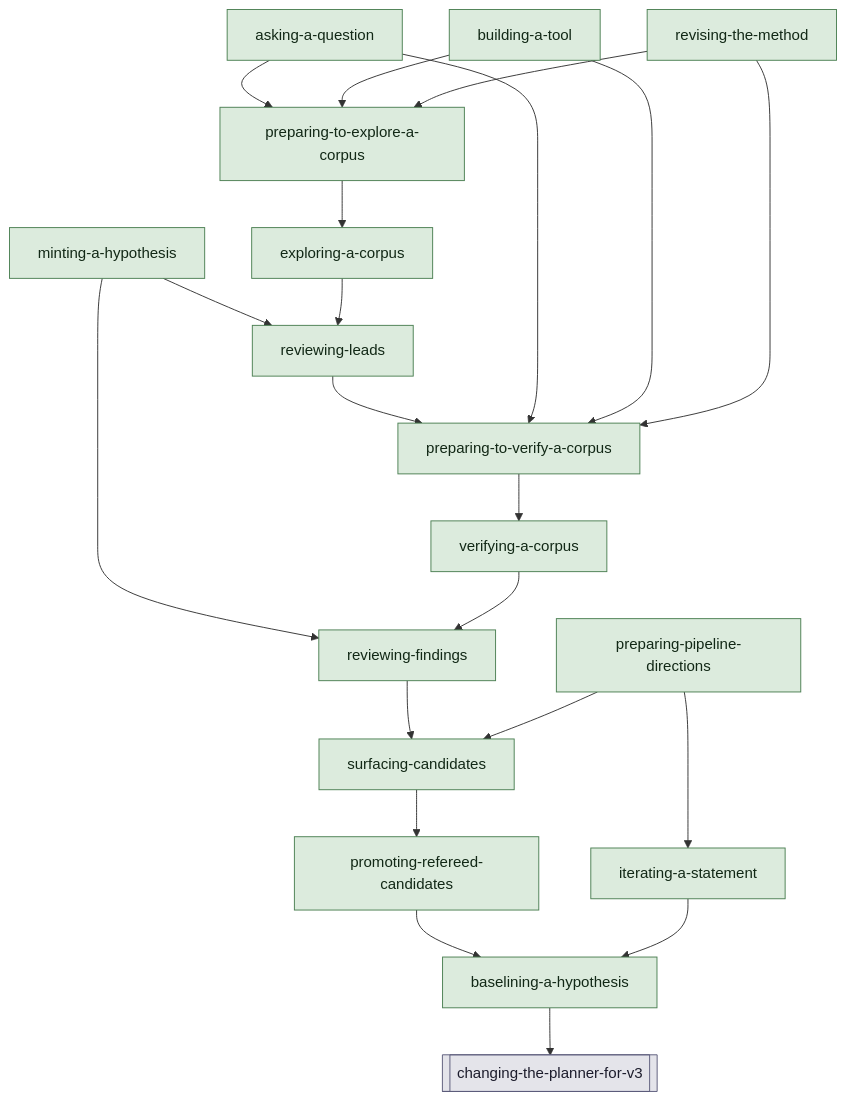
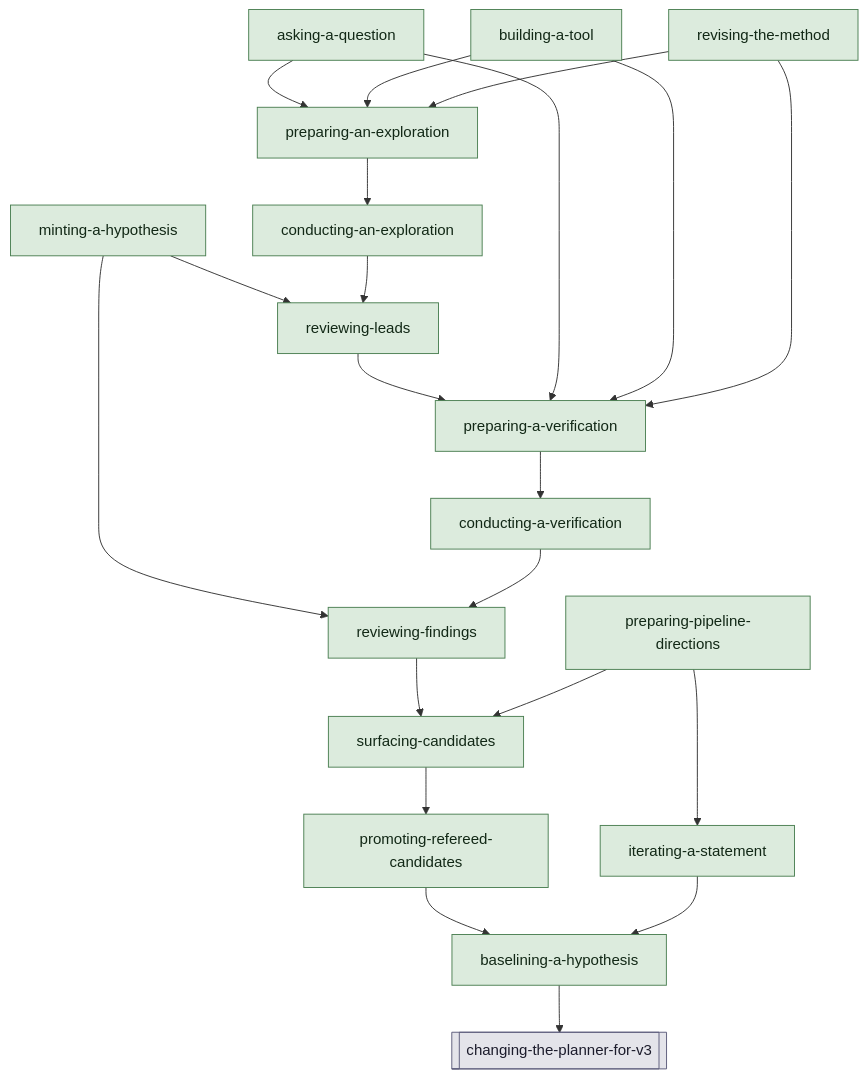
Before and after one commit to bc414/StoryPlanner: the first of 17 diagrams in .claude/skills/v3-buildout-2/map.md, drawn with Mermaid. The commit also changed other lines of this file and 34 other files, not shown here.

Commit message:
Schemas and code sessions improvement

````diff
--- a/.claude/skills/v3-buildout-2/map.md
+++ b/.claude/skills/v3-buildout-2/map.md
@@ -7,46 +7,46 @@
 ```mermaid
 flowchart TD
   classDef hitl fill:#e9d8e4,stroke:#7a3e6d,color:#2b1a27
   classDef session fill:#dce6f0,stroke:#3b5b7c,color:#14202c
   classDef agent fill:#f5e6c8,stroke:#b7791f,color:#3a2a08
   classDef artifact fill:#f6f6f4,stroke:#8a94a0,color:#2a2f36
   classDef activity fill:#dcebdd,stroke:#4b7f52,color:#122816
   classDef terminus fill:#e4e4ea,stroke:#5b5b7a,color:#1c1c2c
   changingtheplannerforv3[["changing-the-planner-for-v3"]]:::terminus
   baseliningahypothesis["baselining-a-hypothesis"]:::activity
   promotingrefereedcandidates["promoting-refereed-candidates"]:::activity
   iteratingastatement["iterating-a-statement"]:::activity
   mintingahypothesis["minting-a-hypothesis"]:::activity
   surfacingcandidates["surfacing-candidates"]:::activity
   reviewingfindings["reviewing-findings"]:::activity
-  verifyingacorpus["verifying-a-corpus"]:::activity
-  preparingtoverifyacorpus["preparing-to-verify-a-corpus"]:::activity
+  conductingaverification["conducting-a-verification"]:::activity
+  preparingaverification["preparing-a-verification"]:::activity
   preparingpipelinedirections["preparing-pipeline-directions"]:::activity
   reviewingleads["reviewing-leads"]:::activity
-  exploringacorpus["exploring-a-corpus"]:::activity
-  preparingtoexploreacorpus["preparing-to-explore-a-corpus"]:::activity
+  conductinganexploration["conducting-an-exploration"]:::activity
+  preparinganexploration["preparing-an-exploration"]:::activity
   askingaquestion["asking-a-question"]:::activity
   buildingatool["building-a-tool"]:::activity
   revisingthemethod["revising-the-method"]:::activity
 
   baseliningahypothesis --> changingtheplannerforv3
   promotingrefereedcandidates --> baseliningahypothesis
   iteratingastatement --> baseliningahypothesis
   mintingahypothesis --> reviewingleads
   mintingahypothesis --> reviewingfindings
   surfacingcandidates --> promotingrefereedcandidates
   reviewingfindings --> surfacingcandidates
-  verifyingacorpus --> reviewingfindings
-  preparingtoverifyacorpus --> verifyingacorpus
+  conductingaverification --> reviewingfindings
+  preparingaverification --> conductingaverification
   preparingpipelinedirections --> surfacingcandidates
   preparingpipelinedirections --> iteratingastatement
-  reviewingleads --> preparingtoverifyacorpus
-  exploringacorpus --> reviewingleads
-  preparingtoexploreacorpus --> exploringacorpus
-  askingaquestion --> preparingtoexploreacorpus
-  askingaquestion --> preparingtoverifyacorpus
-  buildingatool --> preparingtoexploreacorpus
-  buildingatool --> preparingtoverifyacorpus
-  revisingthemethod --> preparingtoexploreacorpus
-  revisingthemethod --> preparingtoverifyacorpus
+  reviewingleads --> preparingaverification
+  conductinganexploration --> reviewingleads
+  preparinganexploration --> conductinganexploration
+  askingaquestion --> preparinganexploration
+  askingaquestion --> preparingaverification
+  buildingatool --> preparinganexploration
+  buildingatool --> preparingaverification
+  revisingthemethod --> preparinganexploration
+  revisingthemethod --> preparingaverification
 ```
````
